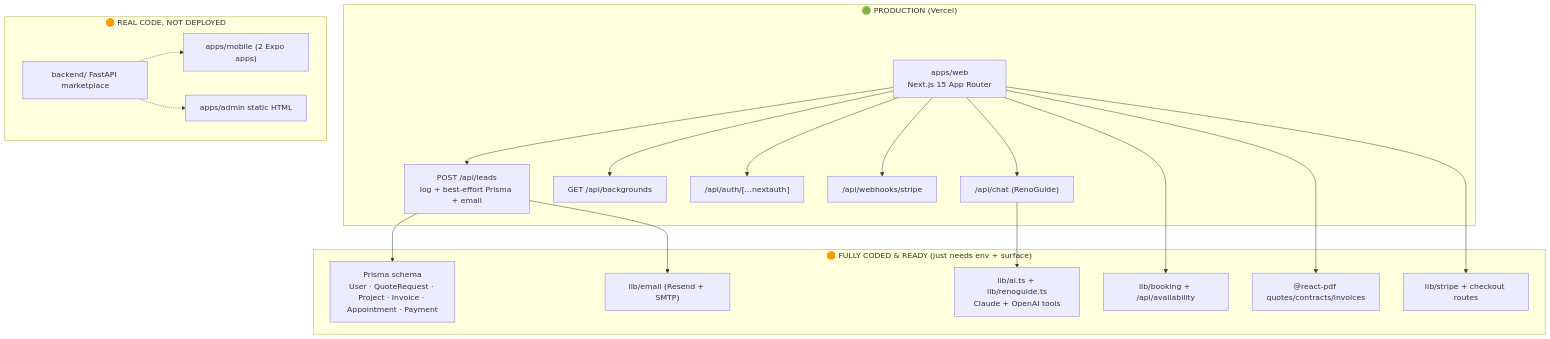
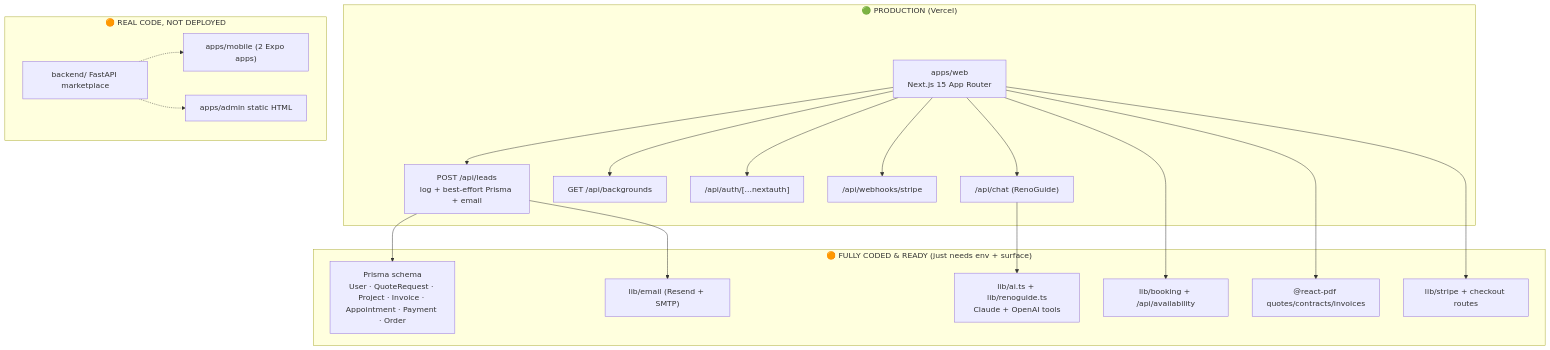
The second of 2 diagrams in README.md (iceccarelli/ecowoods-app), drawn with Mermaid before and after one commit. The commit also changed other lines of this file, not shown here.

````diff
--- a/README.md
+++ b/README.md
@@ -169,40 +178,40 @@
 ```mermaid
 graph TB
     subgraph Prod["🟢 PRODUCTION (Vercel)"]
         Web["apps/web<br/>Next.js 15 App Router"]
         Leads["POST /api/leads<br/>log + best-effort Prisma + email"]
         BG["GET /api/backgrounds"]
         AuthR["/api/auth/[...nextauth]"]
         StripeW["/api/webhooks/stripe"]
         Chat["/api/chat (RenoGuide)"]
         Web --> Leads
         Web --> BG
         Web --> AuthR
         Web --> StripeW
         Web --> Chat
     end
 
     subgraph Ready["🟠 FULLY CODED & READY (just needs env + surface)"]
-        Prisma["Prisma schema<br/>User · QuoteRequest · Project · Invoice · Appointment · Payment"]
+        Prisma["Prisma schema<br/>User · QuoteRequest · Project · Invoice · Appointment · Payment · Order"]
         Email["lib/email (Resend + SMTP)"]
         AI["lib/ai.ts + lib/renoguide.ts<br/>Claude + OpenAI tools"]
         Booking["lib/booking + /api/availability"]
         PDFs["@react-pdf quotes/contracts/invoices"]
         Stripe["lib/stripe + checkout routes"]
     end
 
     subgraph Scaffold["🟠 REAL CODE, NOT DEPLOYED"]
         FastAPI["backend/ FastAPI marketplace"]
         Mobile["apps/mobile (2 Expo apps)"]
         Admin["apps/admin static HTML"]
     end
 
     Leads --> Prisma
     Leads --> Email
     Chat --> AI
     Web --> Booking
     Web --> PDFs
     Web --> Stripe
     FastAPI -.-> Mobile
     FastAPI -.-> Admin
 ```
````
